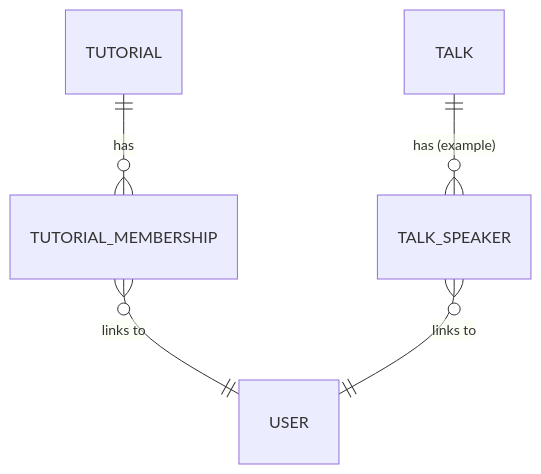
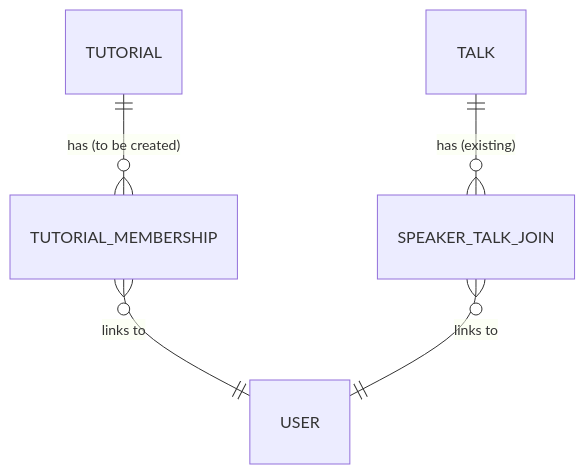
Before and after one commit to MaMpf-HD/mampf: the first of 2 diagrams in architecture/src/features/03-rosters.md, drawn with Mermaid. The commit also changed other lines of this file and 9 other files, not shown here.

````diff
--- a/architecture/src/features/03-rosters.md
+++ b/architecture/src/features/03-rosters.md
@@ -279,8 +285,8 @@
 ```mermaid
 erDiagram
-    TUTORIAL ||--o{ TUTORIAL_MEMBERSHIP : "has"
+    TUTORIAL ||--o{ TUTORIAL_MEMBERSHIP : "has (to be created)"
     TUTORIAL_MEMBERSHIP }o--|| USER : "links to"
 
-    TALK ||--o{ TALK_SPEAKER : "has (example)"
-    TALK_SPEAKER }o--|| USER : "links to"
+    TALK ||--o{ SPEAKER_TALK_JOIN : "has (existing)"
+    SPEAKER_TALK_JOIN }o--|| USER : "links to"
 ```
````
